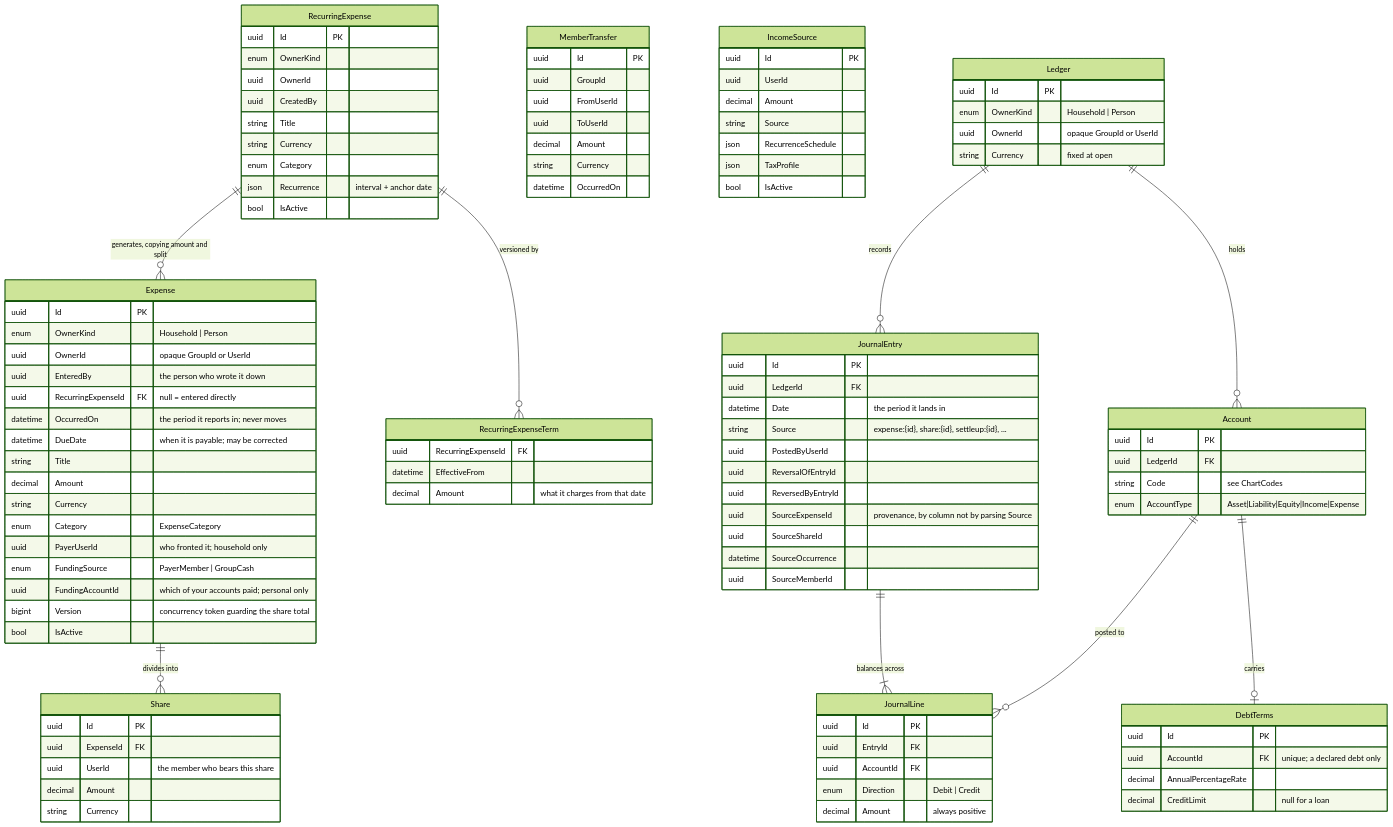
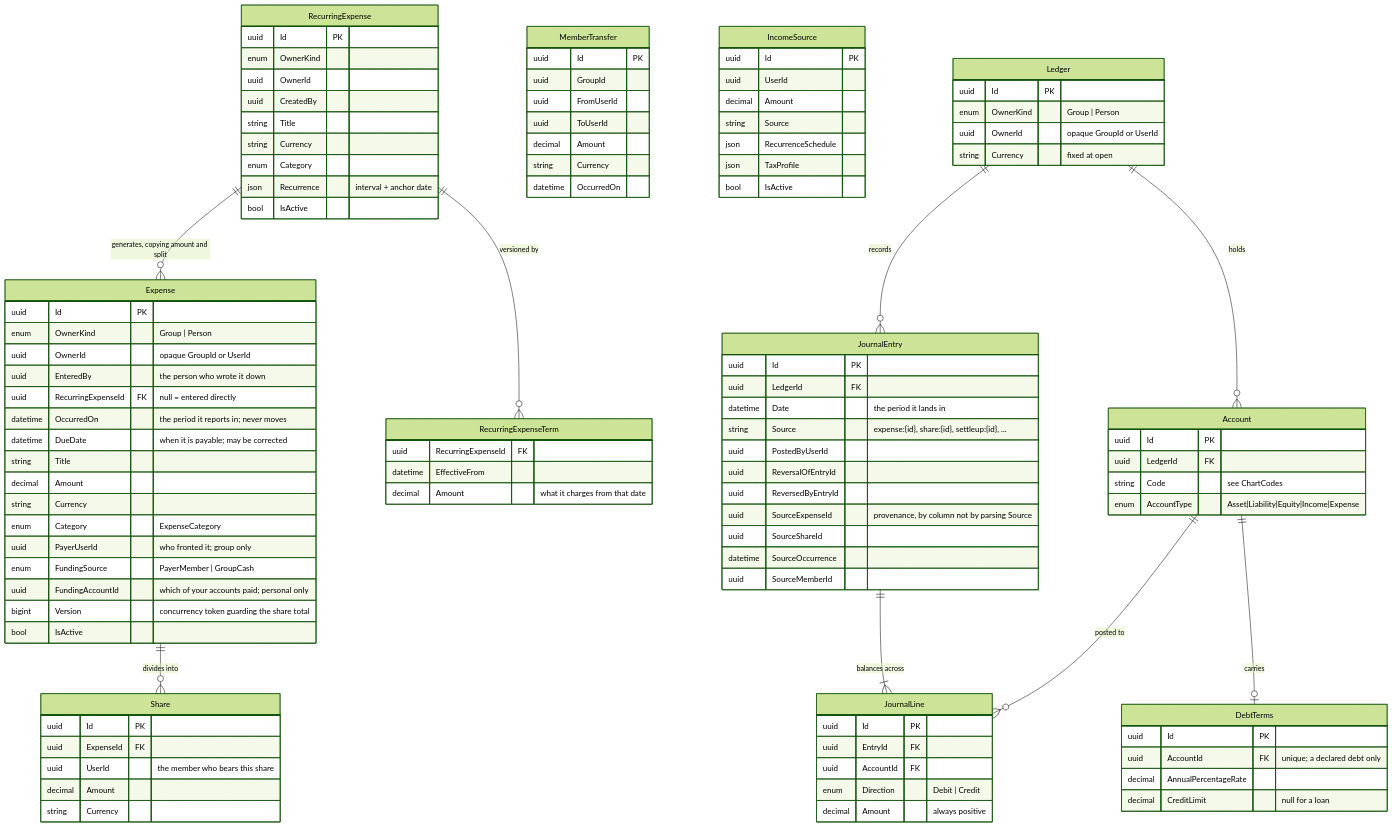
Before and after one commit to hkarpinen/portfolio-finance: the diagram in docs/Domain.md, drawn with Mermaid (forest theme). The commit also changed other lines of this file and 42 other files, not shown here.

```diff
--- a/docs/Domain.md
+++ b/docs/Domain.md
@@ -16,7 +16,7 @@
 erDiagram
     Expense {
         uuid Id PK
-        enum OwnerKind "Household | Person"
+        enum OwnerKind "Group | Person"
         uuid OwnerId "opaque GroupId or UserId"
         uuid EnteredBy "the person who wrote it down"
         uuid RecurringExpenseId FK "null = entered directly"
@@ -26,7 +26,7 @@
         decimal Amount
         string Currency
         enum Category "ExpenseCategory"
-        uuid PayerUserId "who fronted it; household only"
+        uuid PayerUserId "who fronted it; group only"
         enum FundingSource "PayerMember | GroupCash"
         uuid FundingAccountId "which of your accounts paid; personal only"
         bigint Version "concurrency token guarding the share total"
@@ -75,7 +75,7 @@
     }
     Ledger {
         uuid Id PK
-        enum OwnerKind "Household | Person"
+        enum OwnerKind "Group | Person"
         uuid OwnerId "opaque GroupId or UserId"
         string Currency "fixed at open"
     }
```
